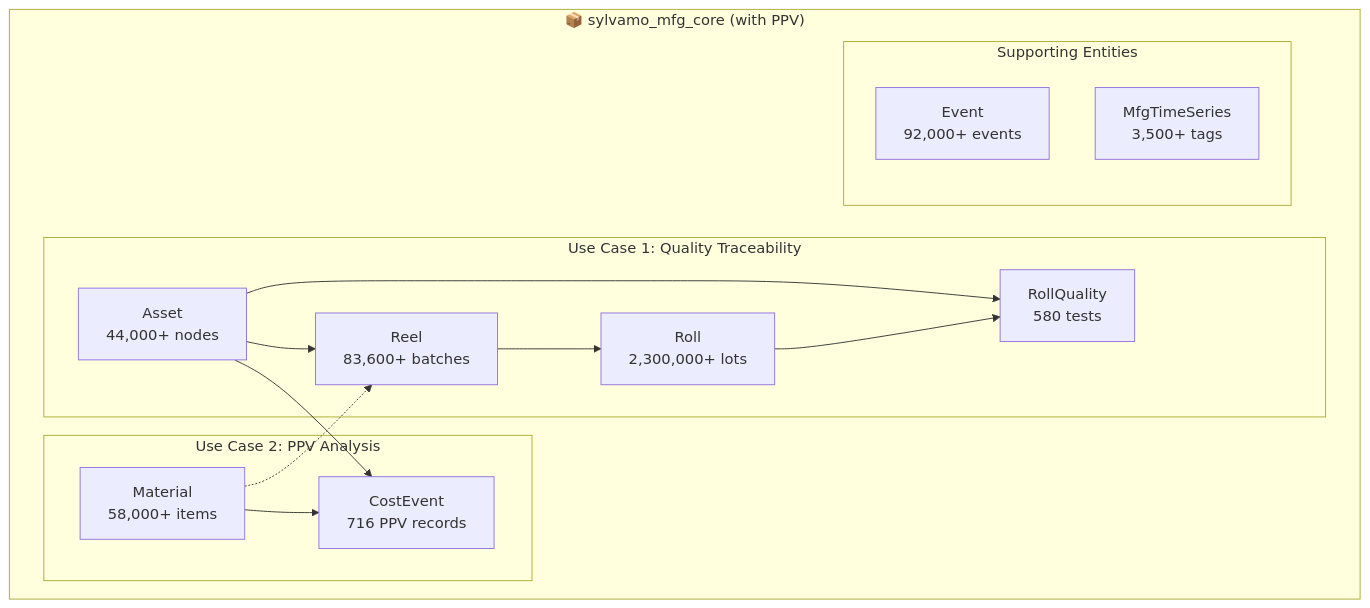
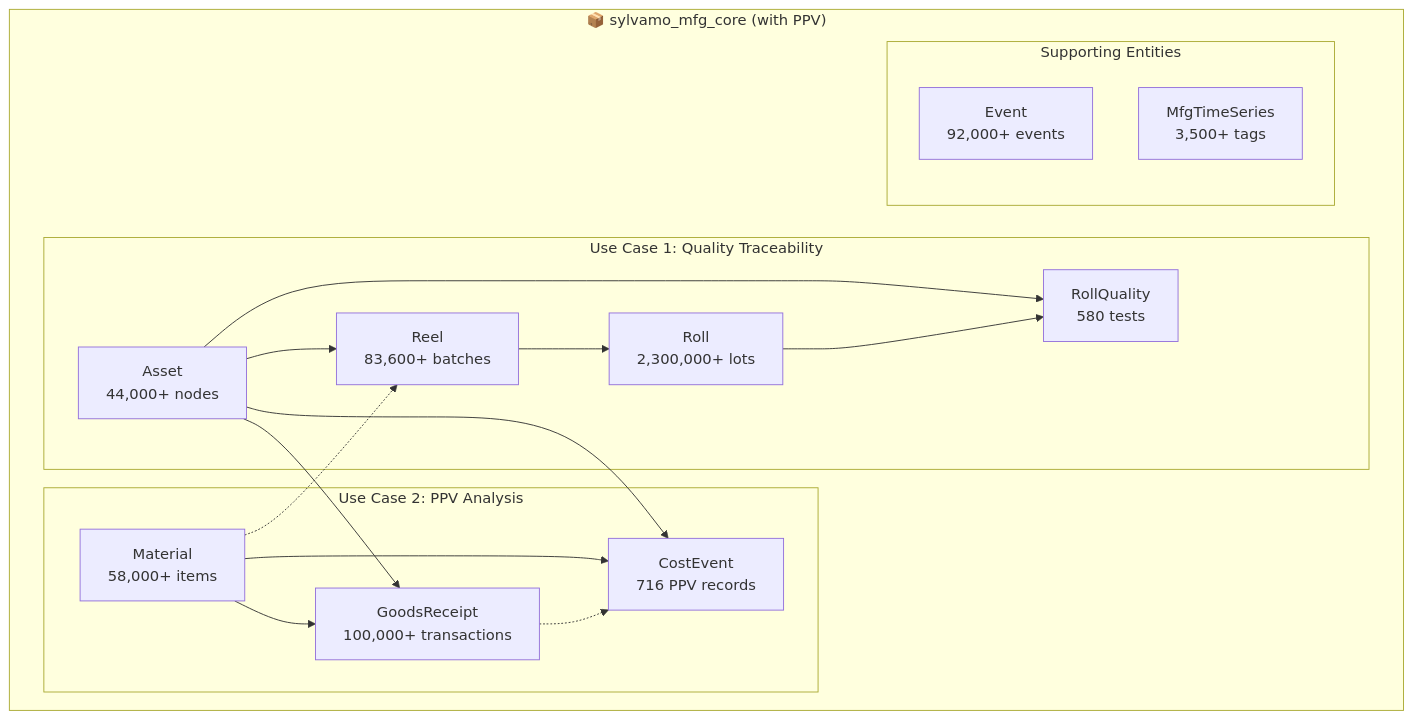
One commit to fbarsoba-cognite/sylvamo-project-documentation changed the second of 3 diagrams in docs/reference/data-model/MFG_CORE_WITH_PPV.md. Above: the diagram before and after it, drawn with Mermaid. The commit also changed other lines of this file, not shown here.

First line of the commit message:
docs: Add GoodsReceipt entity for ppv_purchase_order_gr_na

````diff
--- a/docs/reference/data-model/MFG_CORE_WITH_PPV.md
+++ b/docs/reference/data-model/MFG_CORE_WITH_PPV.md
@@ -128,29 +152,33 @@
 ```mermaid
 flowchart TB
     subgraph Core["📦 sylvamo_mfg_core (with PPV)"]
         subgraph Quality["Use Case 1: Quality Traceability"]
             Asset["Asset<br/>44,000+ nodes"]
             Reel["Reel<br/>83,600+ batches"]
             Roll["Roll<br/>2,300,000+ lots"]
             RollQuality["RollQuality<br/>580 tests"]
         end
         
         subgraph Cost["Use Case 2: PPV Analysis"]
             Material["Material<br/>58,000+ items"]
+            GoodsReceipt["GoodsReceipt<br/>100,000+ transactions"]
             CostEvent["CostEvent<br/>716 PPV records"]
         end
         
         subgraph Supporting["Supporting Entities"]
             Event["Event<br/>92,000+ events"]
             MfgTimeSeries["MfgTimeSeries<br/>3,500+ tags"]
         end
     end
 
     Asset --> Reel
     Asset --> RollQuality
     Asset --> CostEvent
+    Asset --> GoodsReceipt
     Reel --> Roll
     Roll --> RollQuality
     Material --> CostEvent
+    Material --> GoodsReceipt
+    GoodsReceipt -.-> CostEvent
     Material -.-> Reel
 ```
````
